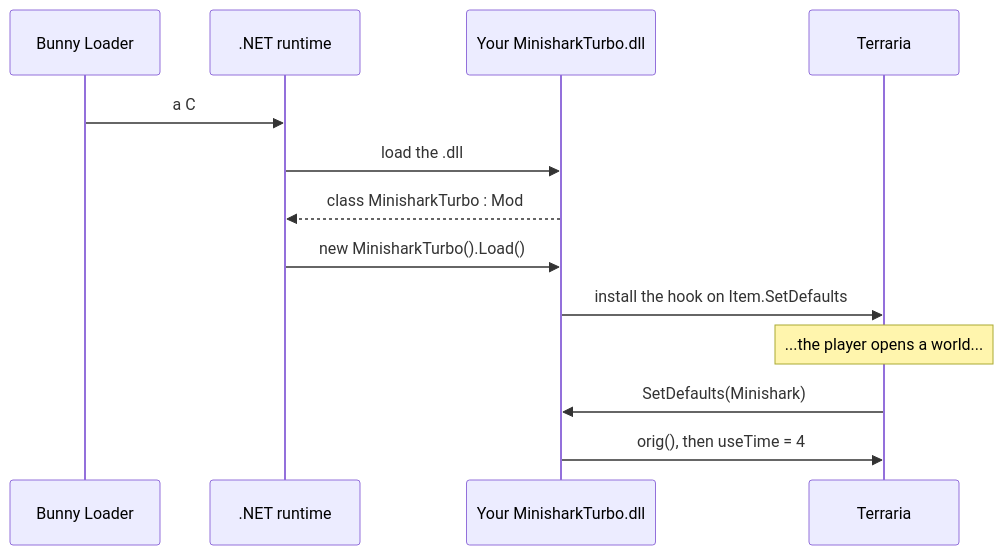
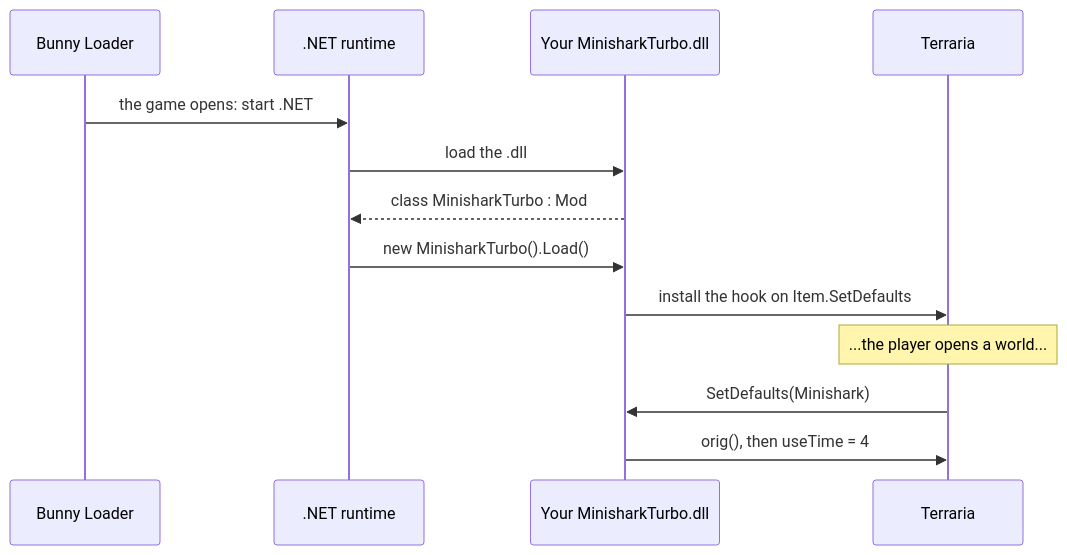
Before and after one commit to JonataOliveiraa/Bunny-Loader: the second of 2 diagrams in docs/mods-em-csharp/01-primeiro-mod.md, drawn with Mermaid. The commit also changed other lines of this file and 33 other files, not shown here.

````diff
--- a/docs/mods-em-csharp/01-primeiro-mod.md
+++ b/docs/mods-em-csharp/01-primeiro-mod.md
@@ -264,15 +288,15 @@
 ```mermaid
 sequenceDiagram
     participant A as Bunny Loader
     participant M as .NET runtime
     participant Y as Your MinisharkTurbo.dll
     participant G as Terraria
-    A->>M: a C# mod is enabled: start .NET
+    A->>M: the game opens: start .NET
     M->>Y: load the .dll
     Y-->>M: class MinisharkTurbo : Mod
     M->>Y: new MinisharkTurbo().Load()
     Y->>G: install the hook on Item.SetDefaults
     Note over G: ...the player opens a world...
     G->>Y: SetDefaults(Minishark)
     Y->>G: orig(), then useTime = 4
 ```
````
